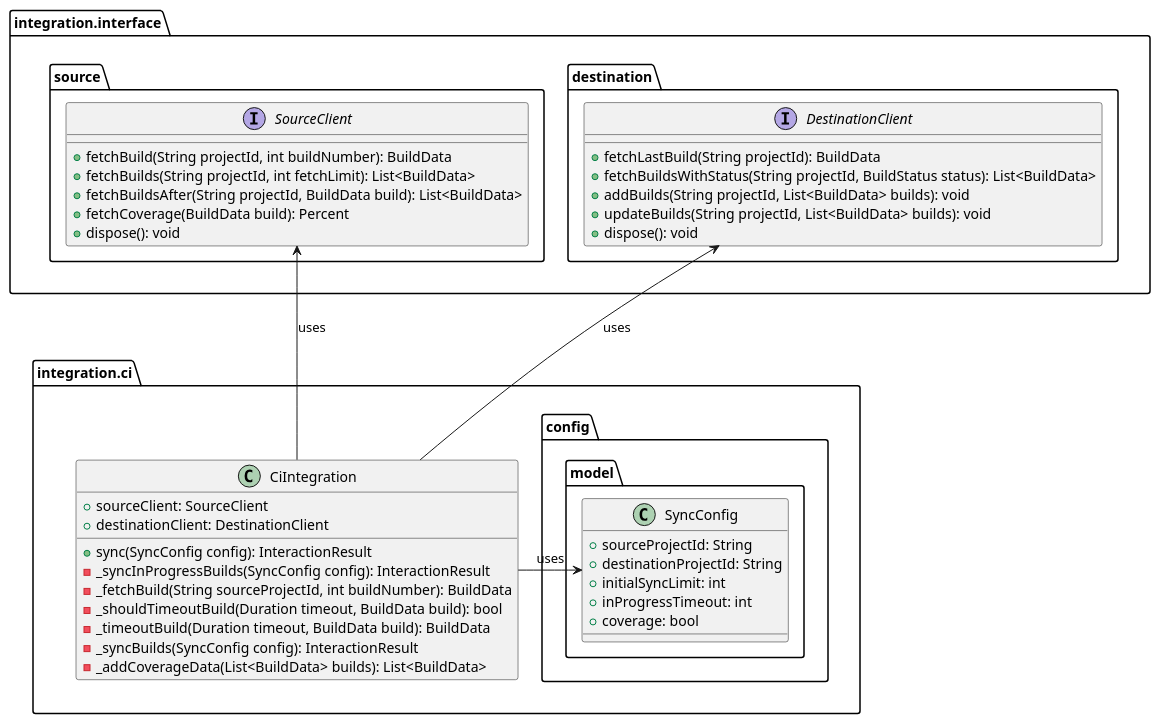
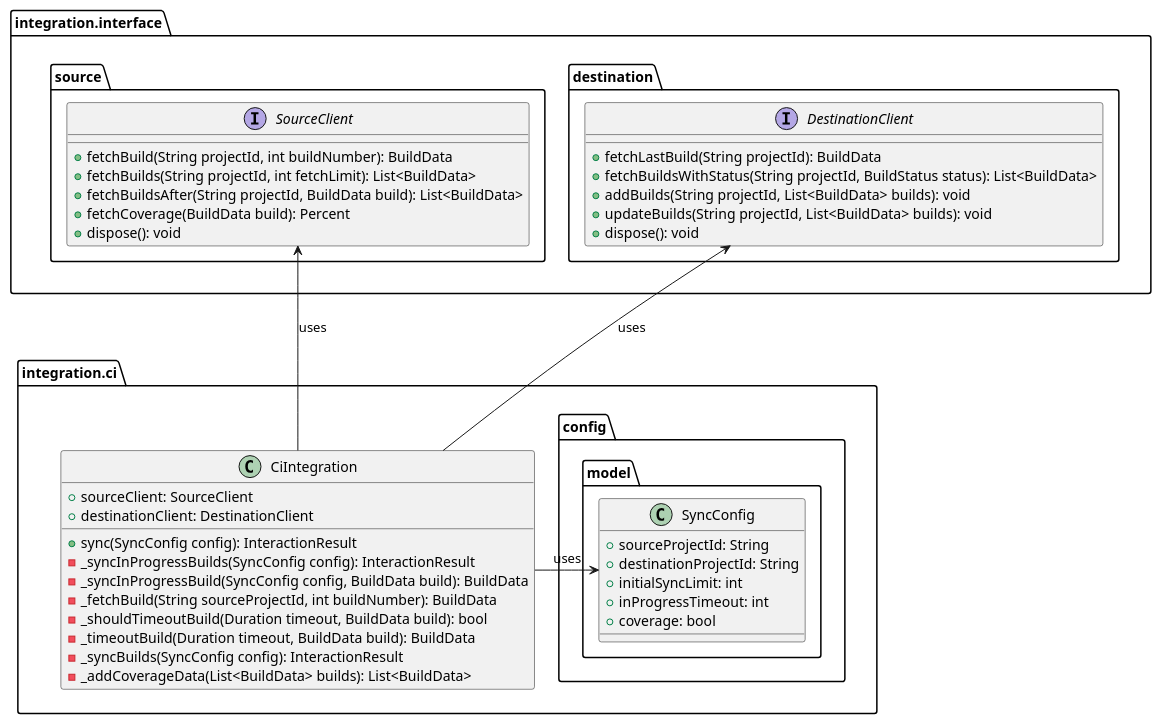
One commit to Flank/flank-dashboard changed the diagram in metrics/ci_integrations/docs/diagrams/sync_algorithm_class_diagram.puml. Above: the diagram before and after it, drawn with PlantUML. The commit also changed 8 other files, not shown here.

Commit message:
simplify diagrams, add missing diagrams, improve descriptions

```diff
--- a/metrics/ci_integrations/docs/diagrams/sync_algorithm_class_diagram.puml
+++ b/metrics/ci_integrations/docs/diagrams/sync_algorithm_class_diagram.puml
@@ -1,57 +1,58 @@
 @startuml sync_algorithm_class_diagram
 'https://plantuml.com/class-diagram
 
 package integration.interface as Interface {
     package source {
         interface SourceClient {
             + fetchBuild(String projectId, int buildNumber): BuildData
             + fetchBuilds(String projectId, int fetchLimit): List<BuildData>
             + fetchBuildsAfter(String projectId, BuildData build): List<BuildData>
             + fetchCoverage(BuildData build): Percent
             + dispose(): void
         }
     }
 
     package destination {
         interface DestinationClient {
             + fetchLastBuild(String projectId): BuildData
             + fetchBuildsWithStatus(String projectId, BuildStatus status): List<BuildData>
             + addBuilds(String projectId, List<BuildData> builds): void
             + updateBuilds(String projectId, List<BuildData> builds): void
             + dispose(): void
         }
     }
 }
 
 package integration.ci as CI {
     package config.model {
         class SyncConfig {
             + sourceProjectId: String
             + destinationProjectId: String
             + initialSyncLimit: int
             + inProgressTimeout: int
             + coverage: bool
         }
     }
 
     class CiIntegration {
         + sourceClient: SourceClient
         + destinationClient: DestinationClient
         + sync(SyncConfig config): InteractionResult
         - _syncInProgressBuilds(SyncConfig config): InteractionResult
+        - _syncInProgressBuild(SyncConfig config, BuildData build): BuildData
         - _fetchBuild(String sourceProjectId, int buildNumber): BuildData
         - _shouldTimeoutBuild(Duration timeout, BuildData build): bool
         - _timeoutBuild(Duration timeout, BuildData build): BuildData
         - _syncBuilds(SyncConfig config): InteractionResult
         - _addCoverageData(List<BuildData> builds): List<BuildData>
     }
 
     CiIntegration -right-> SyncConfig: uses
 }
 
 Interface -[hidden]down-> CI
 
 CiIntegration -up-> SourceClient: uses
 CiIntegration -up-> DestinationClient: uses
 
 @enduml
```
